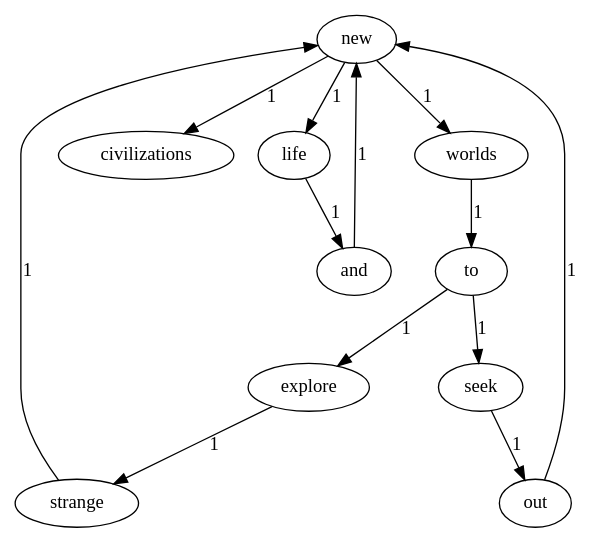
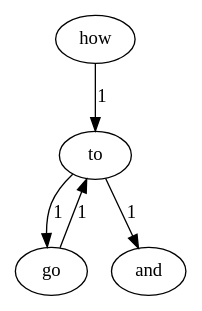
One commit to coke1234567/Lab1-2021111647 changed the diagram in graph.gv. Above: the diagram before and after it, drawn with Graphviz. The commit also changed 14 other files, not shown here.

```diff
--- a/graph.gv
+++ b/graph.gv
@@ -1,24 +1,10 @@
 digraph G{
-new;
-worlds;
-explore;
+how;
 and;
+go;
 to;
-civilizations;
-seek;
-life;
-strange;
-out;
-new->worlds[label=1];
-new->civilizations[label=1];
-new->life[label=1];
-worlds->to[label=1];
-explore->strange[label=1];
-and->new[label=1];
-to->explore[label=1];
-to->seek[label=1];
-seek->out[label=1];
-strange->new[label=1];
-life->and[label=1];
-out->new[label=1];
+how->to[label=1];
+go->to[label=1];
+to->and[label=1];
+to->go[label=1];
 }
```
